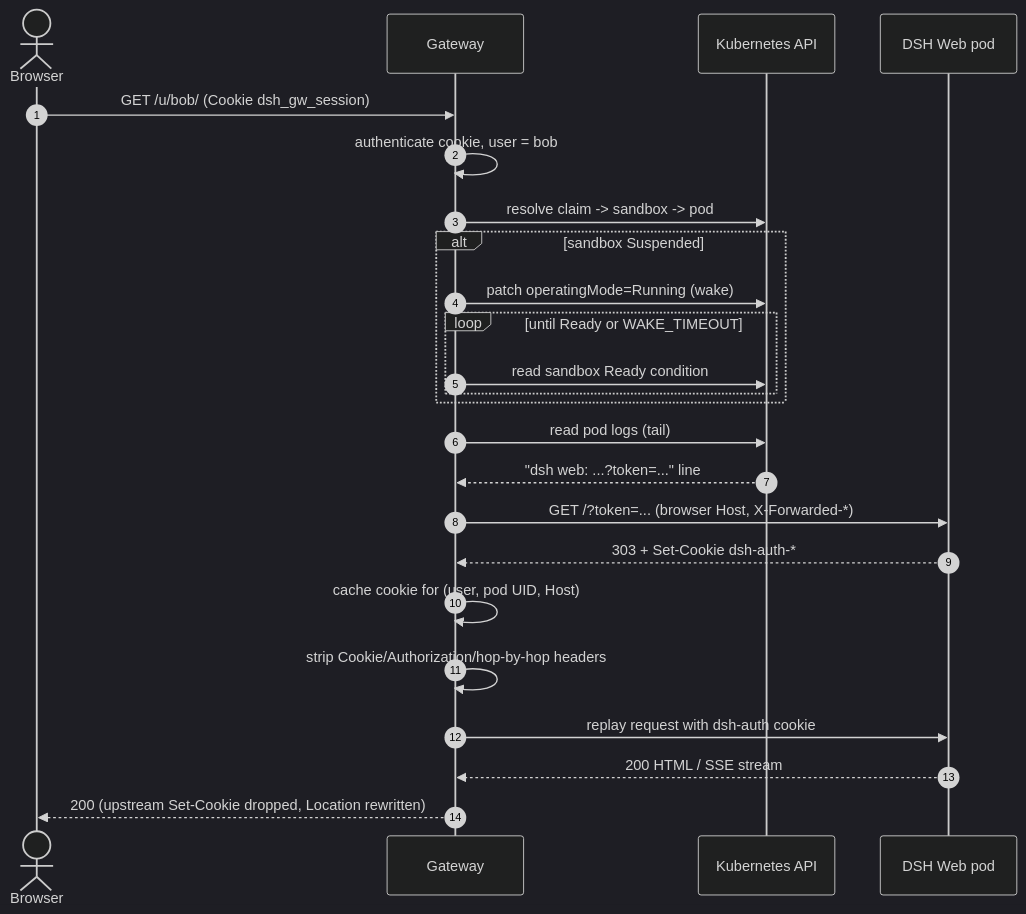
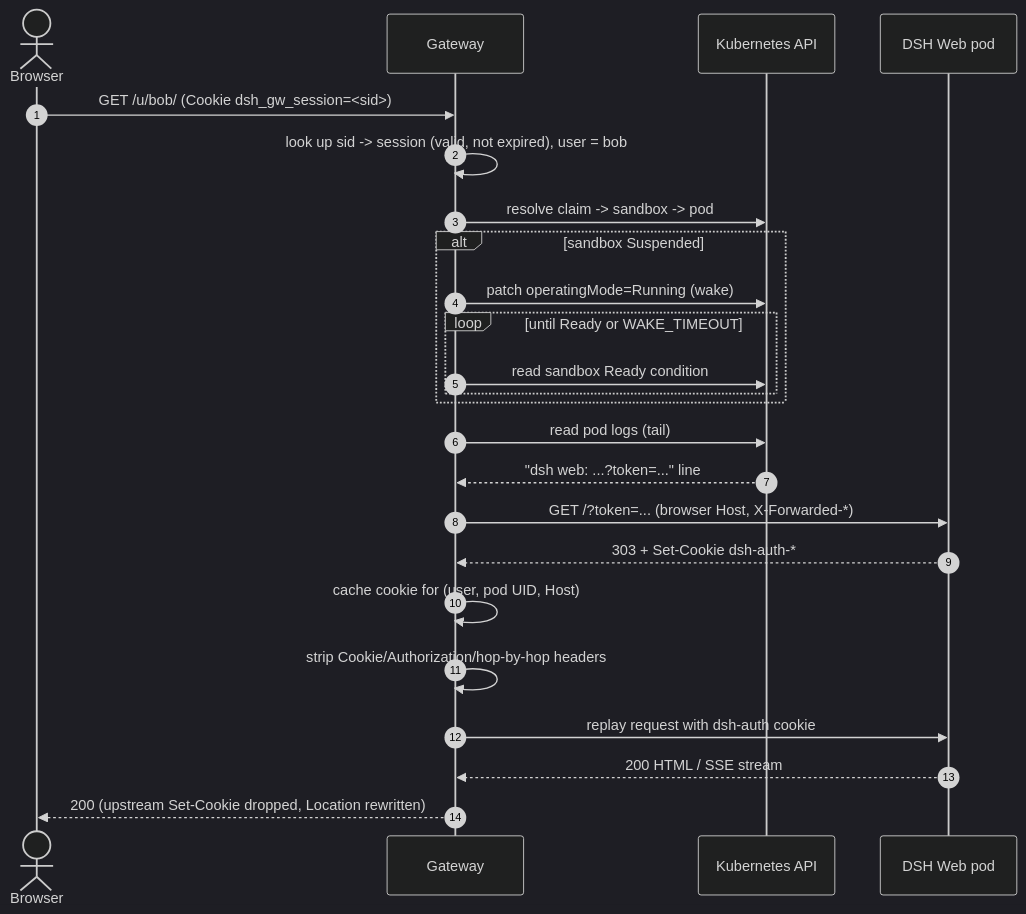
The third of 5 diagrams in examples/dsh-agents-as-a-service/docs/architecture.md (sredevopsorg/deepseek-kubernetes-sandbox), drawn with Mermaid (dark theme) before and after one commit. The commit also changed other lines of this file and 32 other files, not shown here.

````diff
--- a/examples/dsh-agents-as-a-service/docs/architecture.md
+++ b/examples/dsh-agents-as-a-service/docs/architecture.md
@@ -107,27 +111,27 @@
 ```mermaid
 sequenceDiagram
     autonumber
     actor B as Browser
     participant G as Gateway
     participant K as Kubernetes API
     participant D as DSH Web pod
 
-    B->>G: GET /u/bob/ (Cookie dsh_gw_session)
-    G->>G: authenticate cookie, user = bob
+    B->>G: GET /u/bob/ (Cookie dsh_gw_session=<sid>)
+    G->>G: look up sid -> session (valid, not expired), user = bob
     G->>K: resolve claim -> sandbox -> pod
     alt sandbox Suspended
         G->>K: patch operatingMode=Running (wake)
         loop until Ready or WAKE_TIMEOUT
             G->>K: read sandbox Ready condition
         end
     end
     G->>K: read pod logs (tail)
     K-->>G: "dsh web: ...?token=..." line
     G->>D: GET /?token=... (browser Host, X-Forwarded-*)
     D-->>G: 303 + Set-Cookie dsh-auth-*
     G->>G: cache cookie for (user, pod UID, Host)
     G->>G: strip Cookie/Authorization/hop-by-hop headers
     G->>D: replay request with dsh-auth cookie
     D-->>G: 200 HTML / SSE stream
     G-->>B: 200 (upstream Set-Cookie dropped, Location rewritten)
 ```
````
